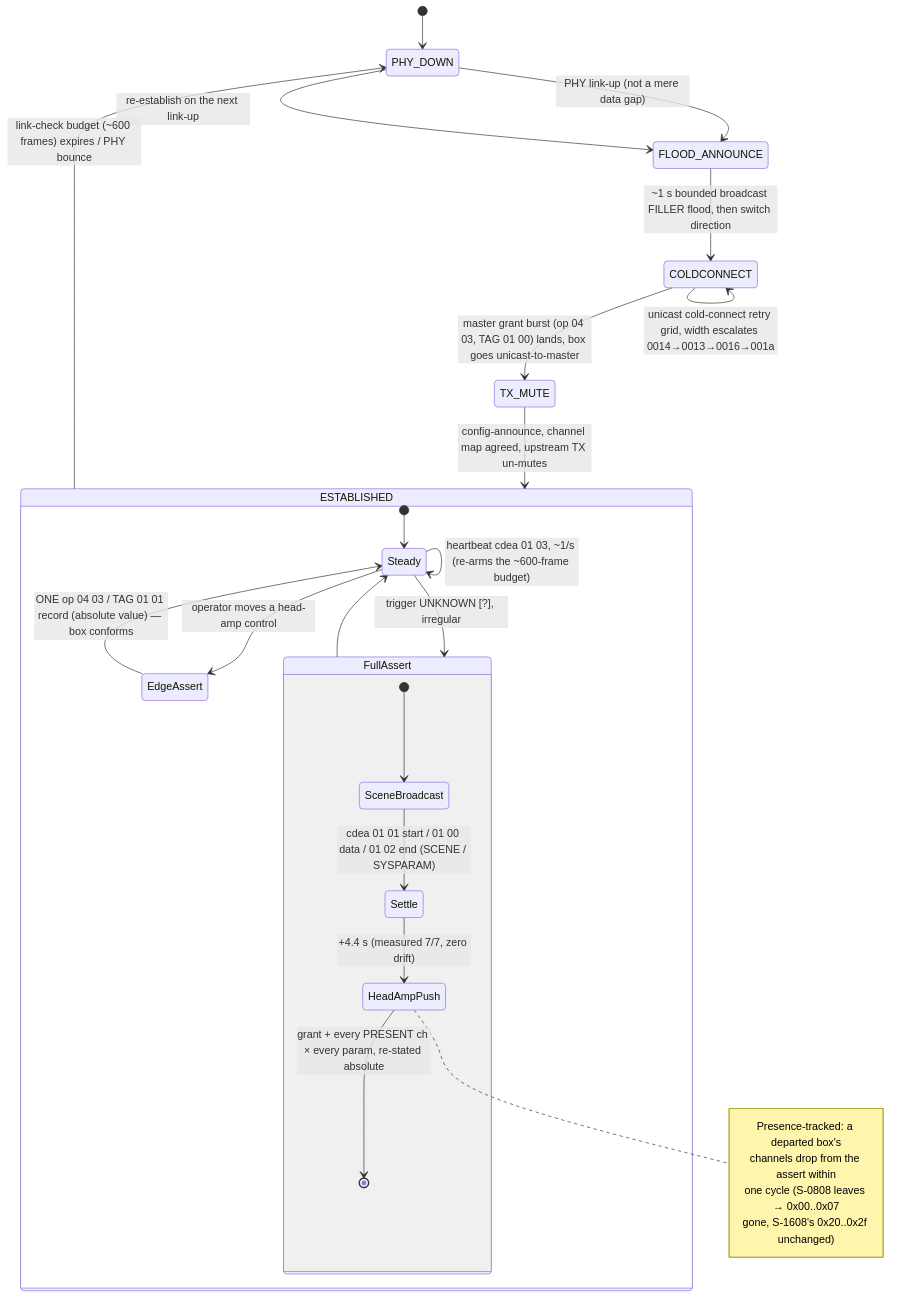
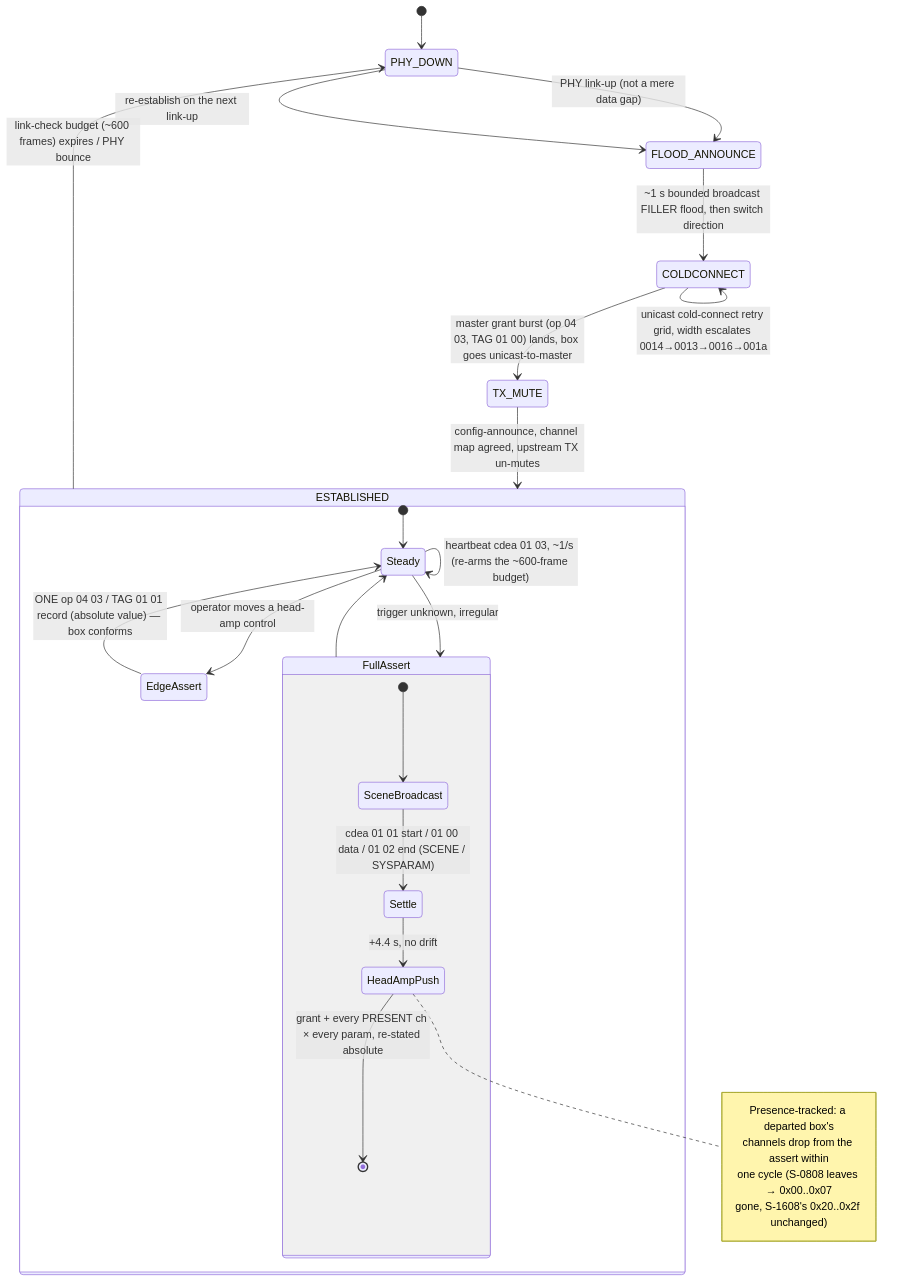
The diagram in wire-format.md (FreeREAC/reac-protocol), drawn with Mermaid before and after one commit. The commit also changed other lines of this file and 4 other files, not shown here.

````diff
--- a/wire-format.md
+++ b/wire-format.md
@@ -822,39 +703,39 @@
 ```mermaid
 stateDiagram-v2
     direction TB
 
     [*] --> PHY_DOWN
     PHY_DOWN --> FLOOD_ANNOUNCE : PHY link-up (not a mere data gap)
     FLOOD_ANNOUNCE --> COLDCONNECT : ~1 s bounded broadcast FILLER flood, then switch direction
     COLDCONNECT --> COLDCONNECT : unicast cold-connect retry grid, width escalates 0014→0013→0016→001a
     COLDCONNECT --> TX_MUTE : master grant burst (op 04 03, TAG 01 00) lands, box goes unicast-to-master
     TX_MUTE --> ESTABLISHED : config-announce, channel map agreed, upstream TX un-mutes
 
     ESTABLISHED --> PHY_DOWN : link-check budget (~600 frames) expires / PHY bounce
     PHY_DOWN --> FLOOD_ANNOUNCE : re-establish on the next link-up
 
     state ESTABLISHED {
         direction TB
         [*] --> Steady
         Steady --> Steady : heartbeat cdea 01 03, ~1/s (re-arms the ~600-frame budget)
 
         Steady --> EdgeAssert : operator moves a head-amp control
         EdgeAssert --> Steady : ONE op 04 03 / TAG 01 01 record (absolute value) — box conforms
 
-        Steady --> FullAssert : trigger UNKNOWN [?], irregular
+        Steady --> FullAssert : trigger unknown, irregular
         state FullAssert {
             direction TB
             [*] --> SceneBroadcast
             SceneBroadcast --> Settle : cdea 01 01 start / 01 00 data / 01 02 end (SCENE / SYSPARAM)
-            Settle --> HeadAmpPush : +4.4 s (measured 7/7, zero drift)
+            Settle --> HeadAmpPush : +4.4 s, no drift
             HeadAmpPush --> [*] : grant + every PRESENT ch × every param, re-stated absolute
             note right of HeadAmpPush
                 Presence-tracked: a departed box's
                 channels drop from the assert within
                 one cycle (S-0808 leaves → 0x00..0x07
                 gone, S-1608's 0x20..0x2f unchanged)
             end note
         }
         FullAssert --> Steady
     }
 ```
````
